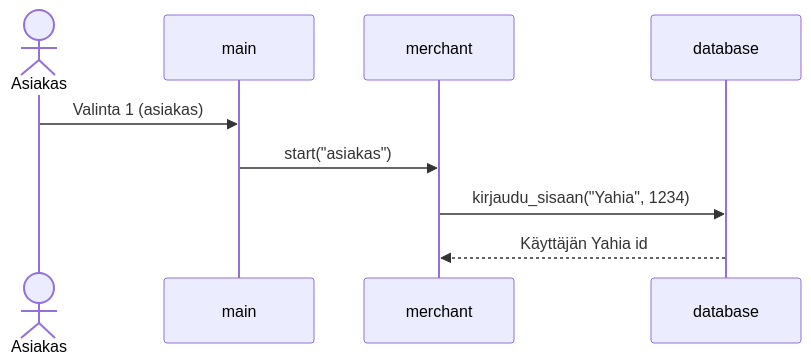
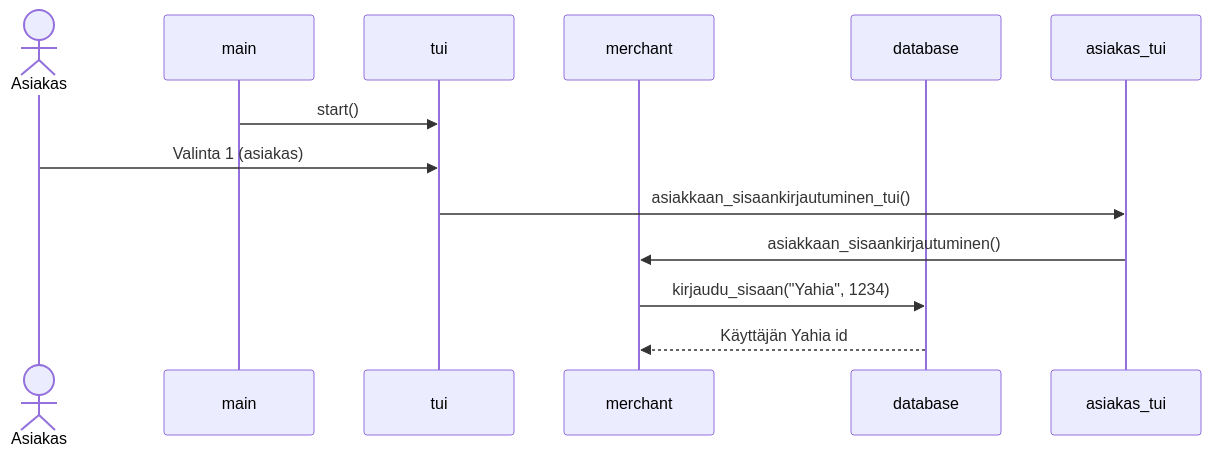
One commit to Yahimoh/ot-harjoitustyo changed the second of 2 diagrams in Dokumentaatio/arkkitehtuuri.md. Above: the diagram before and after it, drawn with Mermaid. The commit also changed other lines of this file, not shown here.

````diff
--- a/Dokumentaatio/arkkitehtuuri.md
+++ b/Dokumentaatio/arkkitehtuuri.md
@@ -43,14 +58,19 @@
 ```mermaid
 sequenceDiagram
   actor Asiakas
   
   participant main
+  participant tui
   participant merchant
   participant database
+  participant asiakas_tui
   
-  Asiakas ->> main: Valinta 1 (asiakas)
-  main ->> merchant: start("asiakas")
+  main ->> tui: start()
+  Asiakas ->> tui: Valinta 1 (asiakas)
+  tui ->> asiakas_tui: asiakkaan_sisaankirjautuminen_tui()
+  asiakas_tui ->> merchant: asiakkaan_sisaankirjautuminen()
   merchant ->> database: kirjaudu_sisaan("Yahia", 1234)
+  
   
   database -->> merchant: Käyttäjän Yahia id
 ```
````
